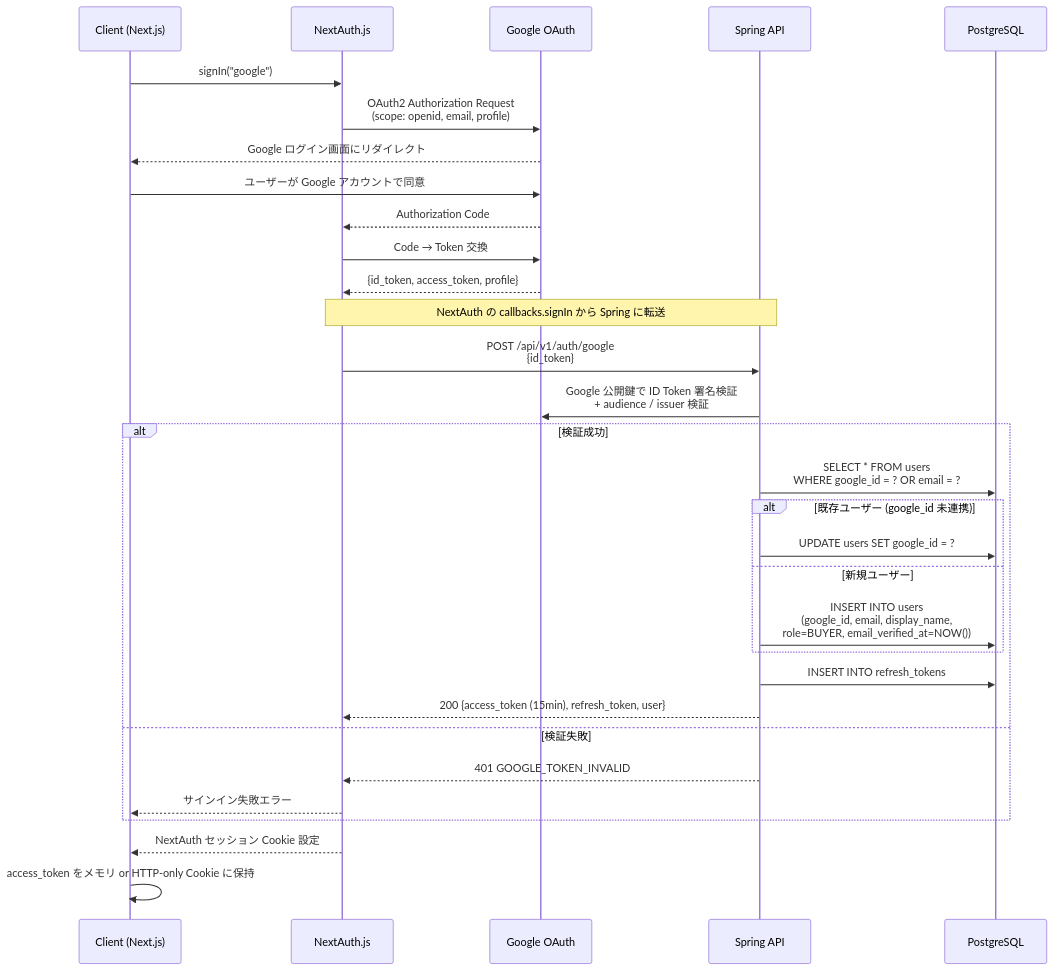
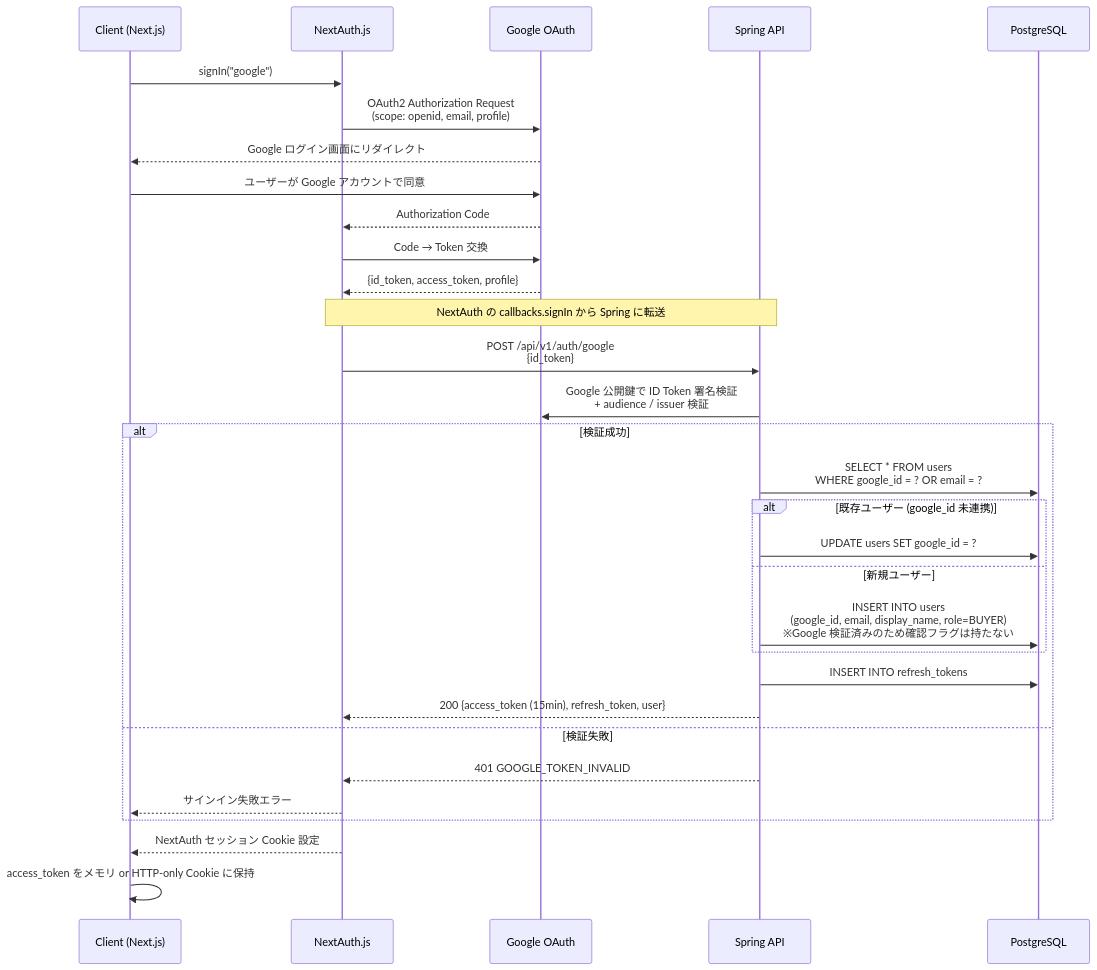
The third of 20 diagrams in docs/design/SEQUENCE_FLOW.md (daobn99/kivio-project), drawn with Mermaid before and after one commit. The commit also changed other lines of this file and 19 other files, not shown here.

````diff
--- a/docs/design/SEQUENCE_FLOW.md
+++ b/docs/design/SEQUENCE_FLOW.md
@@ -140,38 +155,38 @@
 ```mermaid
 sequenceDiagram
     participant C as Client (Next.js)
     participant N as NextAuth.js
     participant G as Google OAuth
     participant S as Spring API
     participant DB as PostgreSQL
 
     C->>N: signIn("google")
     N->>G: OAuth2 Authorization Request<br/>(scope: openid, email, profile)
     G-->>C: Google ログイン画面にリダイレクト
     C->>G: ユーザーが Google アカウントで同意
     G-->>N: Authorization Code
 
     N->>G: Code → Token 交換
     G-->>N: {id_token, access_token, profile}
 
     Note over N,S: NextAuth の callbacks.signIn から Spring に転送
     N->>S: POST /api/v1/auth/google<br/>{id_token}
     S->>G: Google 公開鍵で ID Token 署名検証<br/>+ audience / issuer 検証
 
     alt 検証成功
         S->>DB: SELECT * FROM users<br/>WHERE google_id = ? OR email = ?
         alt 既存ユーザー (google_id 未連携)
             S->>DB: UPDATE users SET google_id = ?
         else 新規ユーザー
-            S->>DB: INSERT INTO users<br/>(google_id, email, display_name,<br/>role=BUYER, email_verified_at=NOW())
+            S->>DB: INSERT INTO users<br/>(google_id, email, display_name, role=BUYER)<br/>※Google 検証済みのため確認フラグは持たない
         end
         S->>DB: INSERT INTO refresh_tokens
         S-->>N: 200 {access_token (15min), refresh_token, user}
     else 検証失敗
         S-->>N: 401 GOOGLE_TOKEN_INVALID
         N-->>C: サインイン失敗エラー
     end
 
     N-->>C: NextAuth セッション Cookie 設定
     C->>C: access_token をメモリ or HTTP-only Cookie に保持
 ```
````
